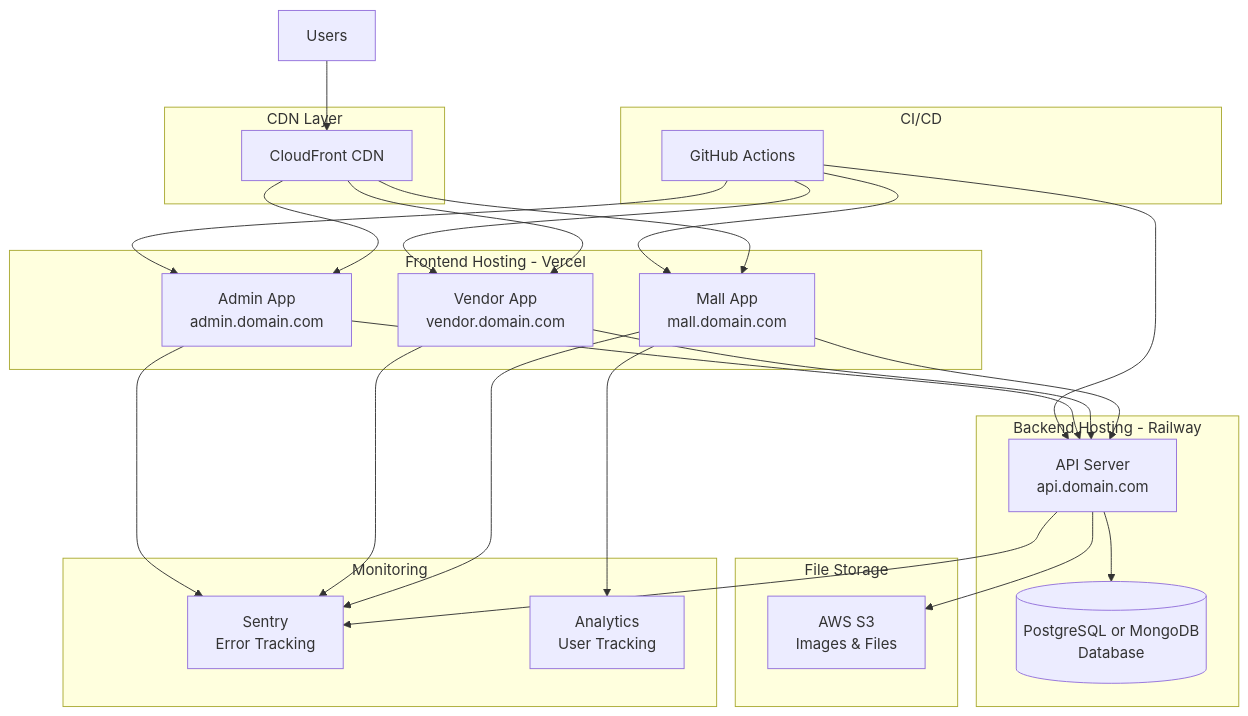
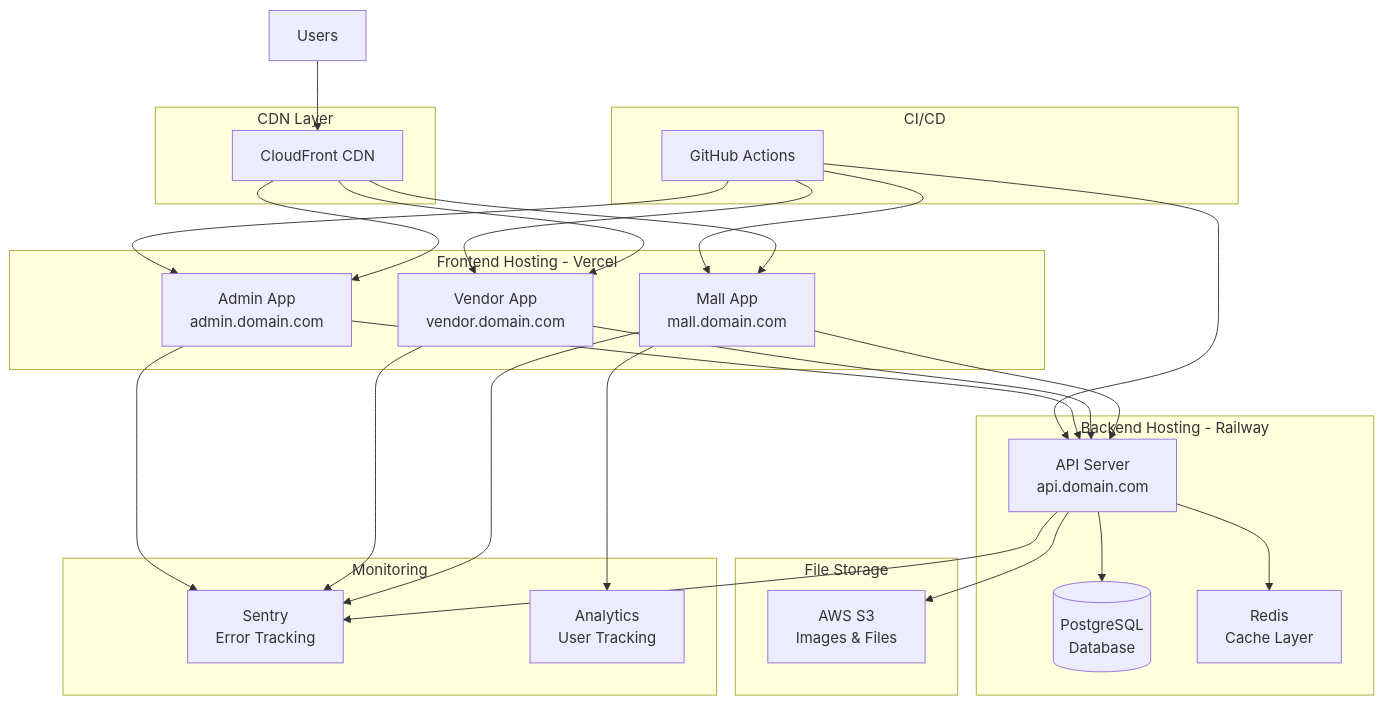
One commit to Miri121/my-mall changed the tenth of 11 diagrams in plans/ARCHITECTURE_DIAGRAM.md. Above: the diagram before and after it, drawn with Mermaid. The commit also changed other lines of this file and 4 other files, not shown here.

````diff
--- a/plans/ARCHITECTURE_DIAGRAM.md
+++ b/plans/ARCHITECTURE_DIAGRAM.md
@@ -585,54 +606,56 @@
 ```mermaid
 graph TB
     subgraph "CDN Layer"
         CloudFront[CloudFront CDN]
     end
 
     subgraph "Frontend Hosting - Vercel"
         MallDeploy[Mall App<br/>mall.domain.com]
         VendorDeploy[Vendor App<br/>vendor.domain.com]
         AdminDeploy[Admin App<br/>admin.domain.com]
     end
 
     subgraph "Backend Hosting - Railway"
         APIDeploy[API Server<br/>api.domain.com]
-        DBDeploy[(PostgreSQL or MongoDB<br/>Database)]
+        DBDeploy[(PostgreSQL<br/>Database)]
+        RedisDeploy[Redis<br/>Cache Layer]
     end
 
     subgraph "File Storage"
         S3[AWS S3<br/>Images & Files]
     end
 
     subgraph "Monitoring"
         Sentry[Sentry<br/>Error Tracking]
         Analytics[Analytics<br/>User Tracking]
     end
 
     subgraph "CI/CD"
         GitHub[GitHub Actions]
     end
 
     Users[Users] --> CloudFront
     CloudFront --> MallDeploy
     CloudFront --> VendorDeploy
     CloudFront --> AdminDeploy
 
     MallDeploy --> APIDeploy
     VendorDeploy --> APIDeploy
     AdminDeploy --> APIDeploy
 
     APIDeploy --> DBDeploy
+    APIDeploy --> RedisDeploy
     APIDeploy --> S3
 
     MallDeploy --> Sentry
     VendorDeploy --> Sentry
     AdminDeploy --> Sentry
     APIDeploy --> Sentry
 
     MallDeploy --> Analytics
 
     GitHub --> MallDeploy
     GitHub --> VendorDeploy
     GitHub --> AdminDeploy
     GitHub --> APIDeploy
 ```
````
